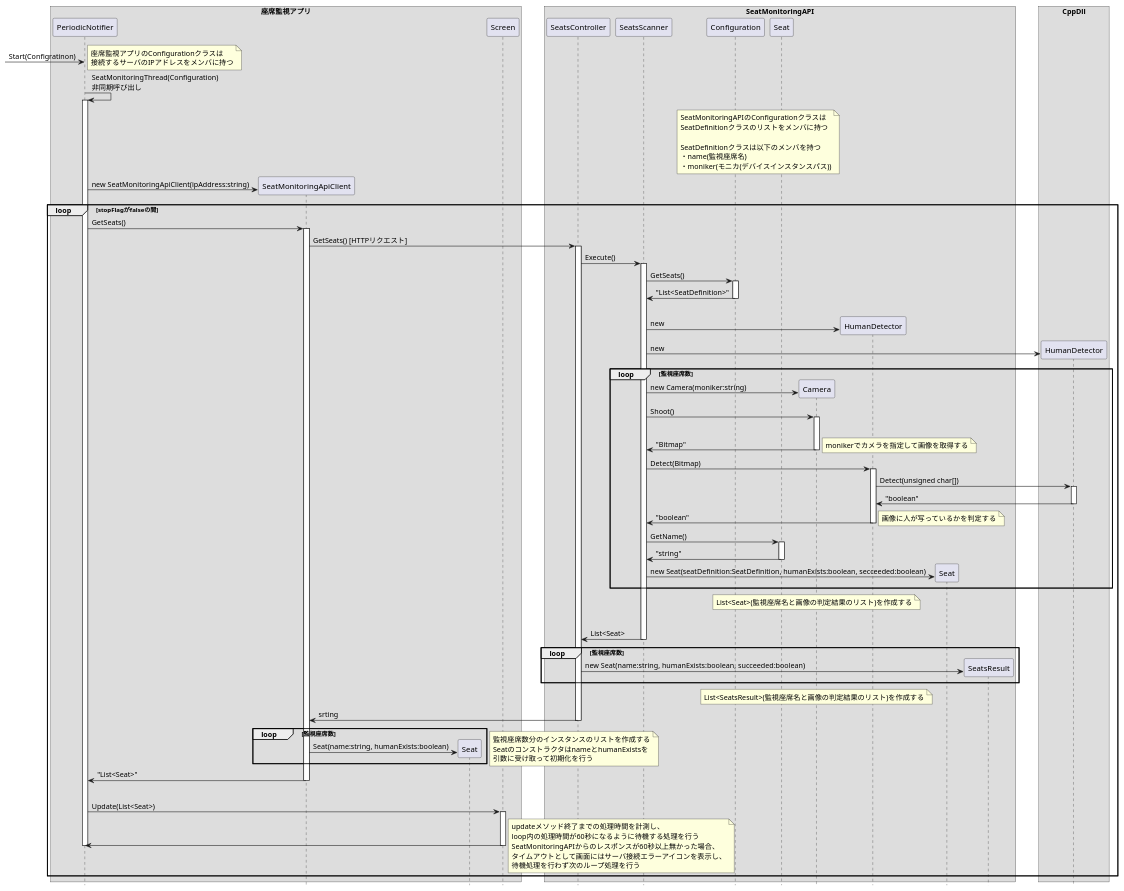
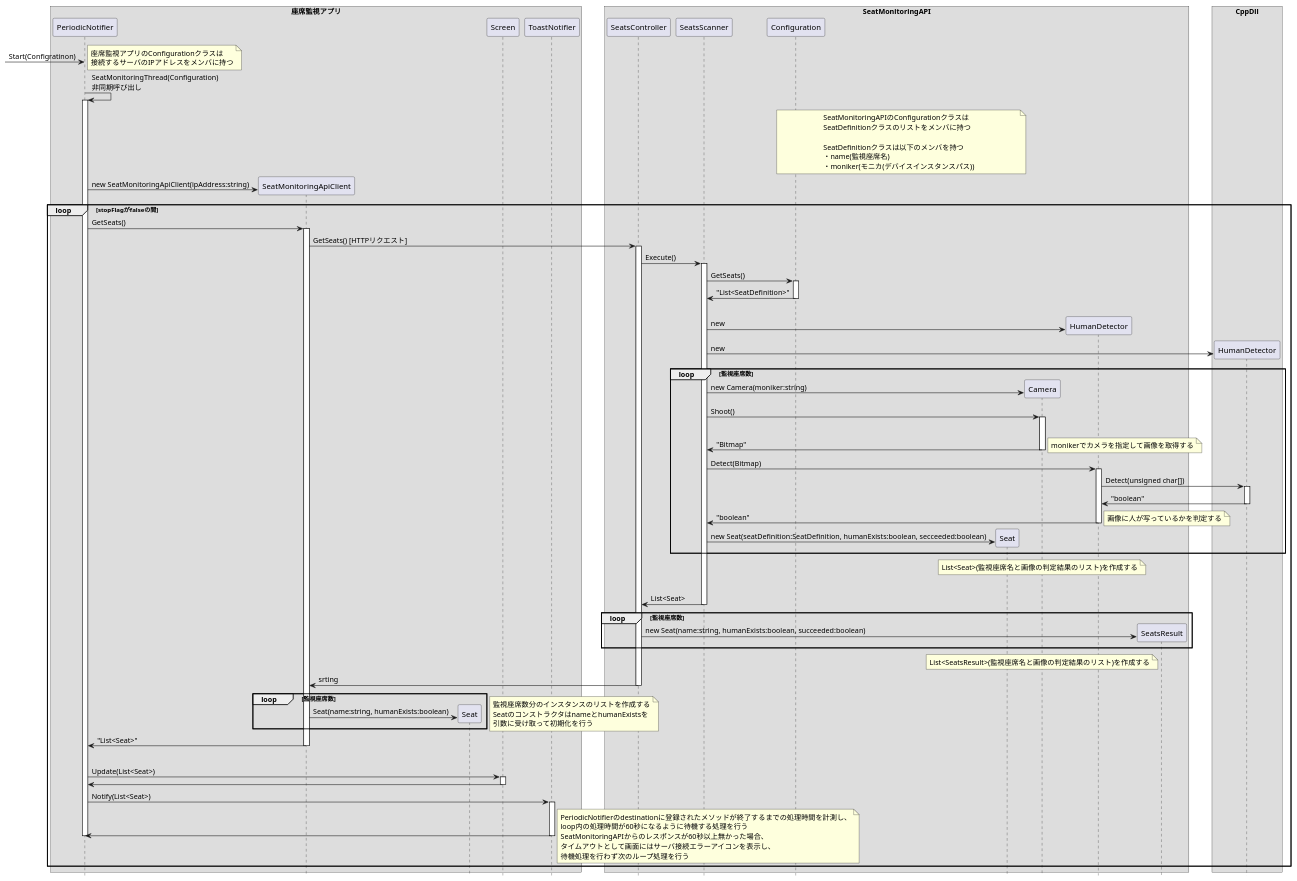
One commit to KeisukeSugita/Seat-monitoring-system changed the diagram in doc/詳細設計/座席状態確認シーケンス図2.pu. Above: the diagram before and after it, drawn with PlantUML. The commit also changed 3 other files, not shown here.

```diff
--- a/doc/詳細設計/座席状態確認シーケンス図2.pu
+++ b/doc/詳細設計/座席状態確認シーケンス図2.pu
@@ -1,151 +1,152 @@
 @startuml 座席状態確認シーケンス図2
 hide footbox
 skinparam BoxPadding 20
 
 box "座席監視アプリ"
 	participant PeriodicNotifier
 	participant SeatMonitoringApiClient
 	participant "Seat" as ClientSeat
 	participant Screen
+	participant ToastNotifier
 end box
 
 box "SeatMonitoringAPI"
 	participant SeatsController
 	participant SeatsScanner
 	participant Configuration
 	participant "Seat" as ServerSeat
 	participant Camera
 	participant "HumanDetector" as CsHumanDetector
-	participant Seat
 	participant SeatsResult
 end box
 
 box "CppDll"
 	participant "HumanDetector" as CppHumanDetector
 end box
 
 -> PeriodicNotifier :Start(Configratinon)
 note right
 	座席監視アプリのConfigurationクラスは
 	接続するサーバのIPアドレスをメンバに持つ
 end note
 
 PeriodicNotifier -> PeriodicNotifier : SeatMonitoringThread(Configuration)\n非同期呼び出し
 activate PeriodicNotifier
 
 note over Configuration, ServerSeat
 	SeatMonitoringAPIのConfigurationクラスは
 	SeatDefinitionクラスのリストをメンバに持つ
 
 	SeatDefinitionクラスは以下のメンバを持つ
 	・name(監視座席名)
 	・moniker(モニカ(デバイスインスタンスパス))
 end note
 
 create SeatMonitoringApiClient
 PeriodicNotifier -> SeatMonitoringApiClient :new SeatMonitoringApiClient(ipAddress:string)
 
 loop stopFlagがfalseの間
 	PeriodicNotifier -> SeatMonitoringApiClient : GetSeats()
 	activate SeatMonitoringApiClient
 
 	SeatMonitoringApiClient -> SeatsController : GetSeats() [HTTPリクエスト]
 	activate SeatsController
 
 	SeatsController -> SeatsScanner :Execute()
 	activate SeatsScanner
 
 	SeatsScanner -> Configuration :GetSeats()
 	activate Configuration
 	SeatsScanner <- Configuration :"List<SeatDefinition>"
 	deactivate Configuration
 
 	|||
 
 	create CsHumanDetector
 	SeatsScanner -> CsHumanDetector :new
 
 	create CppHumanDetector
 	SeatsScanner -> CppHumanDetector :new
 
 
 	loop 監視座席数
 		create Camera
 		SeatsScanner -> Camera : new Camera(moniker:string)
 		SeatsScanner -> Camera : Shoot()
 		activate Camera
 		|||
 		SeatsScanner <- 	Camera :"Bitmap"
 		deactivate Camera
 		note right
 			monikerでカメラを指定して画像を取得する
 		end note
 
 		SeatsScanner -> CsHumanDetector :Detect(Bitmap)
 		activate CsHumanDetector
 		CsHumanDetector -> CppHumanDetector : Detect(unsigned char[])
 		activate CppHumanDetector
 		CsHumanDetector <- CppHumanDetector : "boolean"
 		deactivate CppHumanDetector
 		SeatsScanner <- CsHumanDetector :"boolean"
 		deactivate CsHumanDetector
 		note right
 			画像に人が写っているかを判定する
 		end note
-
-		SeatsScanner -> ServerSeat :GetName()
-		activate ServerSeat
-		SeatsScanner <- ServerSeat :"string"
-		deactivate ServerSeat
 		
-		create Seat
-		SeatsScanner -> Seat :new Seat(seatDefinition:SeatDefinition, humanExists:boolean, secceeded:boolean)
+		create ServerSeat
+		SeatsScanner -> ServerSeat :new Seat(seatDefinition:SeatDefinition, humanExists:boolean, secceeded:boolean)
 		
 	end
 	note over Camera
 		List<Seat>(監視座席名と画像の判定結果のリスト)を作成する
 	end note
 	|||
 
 	SeatsController <- SeatsScanner : List<Seat>
 	deactivate SeatsScanner
 
 	loop 監視座席数
 		create SeatsResult
 		SeatsController -> SeatsResult :new Seat(name:string, humanExists:boolean, succeeded:boolean)
 	end
 	note over Camera
 		List<SeatsResult>(監視座席名と画像の判定結果のリスト)を作成する
 	end note
 
 	SeatMonitoringApiClient <- SeatsController :srting
 	deactivate SeatsController
 
 	loop 監視座席数
 		create ClientSeat
 		SeatMonitoringApiClient -> ClientSeat :Seat(name:string, humanExists:boolean)
 	end
 	note right
 		監視座席数分のインスタンスのリストを作成する
 		SeatのコンストラクタはnameとhumanExistsを
 		引数に受け取って初期化を行う
 	end note
 
 	PeriodicNotifier <- SeatMonitoringApiClient : "List<Seat>"
 	deactivate SeatMonitoringApiClient
 	|||
 	PeriodicNotifier -> Screen : Update(List<Seat>)
 	activate Screen
 	PeriodicNotifier <- Screen
 	deactivate Screen
+	
+	PeriodicNotifier -> ToastNotifier : Notify(List<Seat>)
+	activate ToastNotifier
+	PeriodicNotifier <- ToastNotifier
+	deactivate ToastNotifier
+	
 	deactivate PeriodicNotifier
 	note right
-		updateメソッド終了までの処理時間を計測し、
+		PeriodicNotifierのdestinationに登録されたメソッドが終了するまでの処理時間を計測し、
 		loop内の処理時間が60秒になるように待機する処理を行う
 		SeatMonitoringAPIからのレスポンスが60秒以上無かった場合、
 		タイムアウトとして画面にはサーバ接続エラーアイコンを表示し、
 		待機処理を行わず次のループ処理を行う
 	end note
 end
 
 @enduml
```
